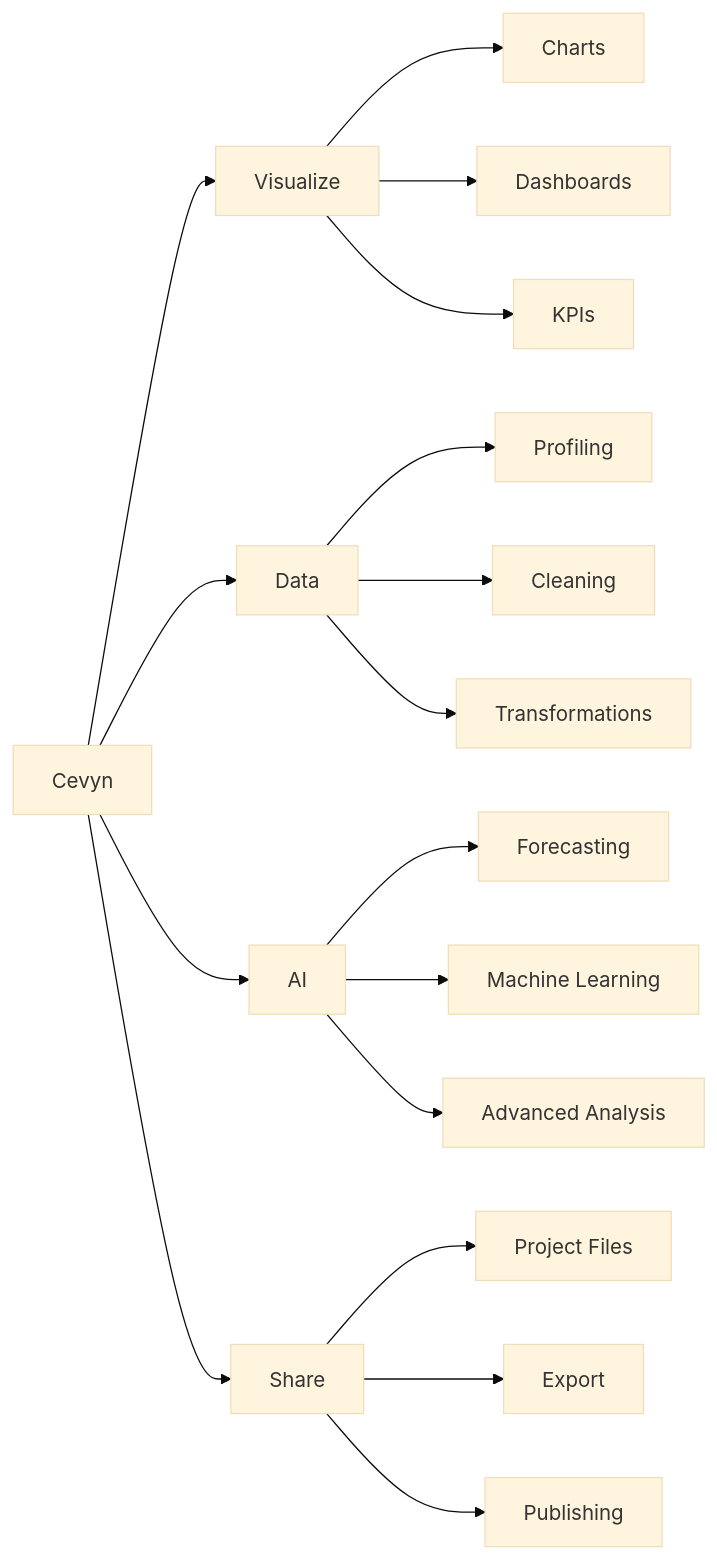
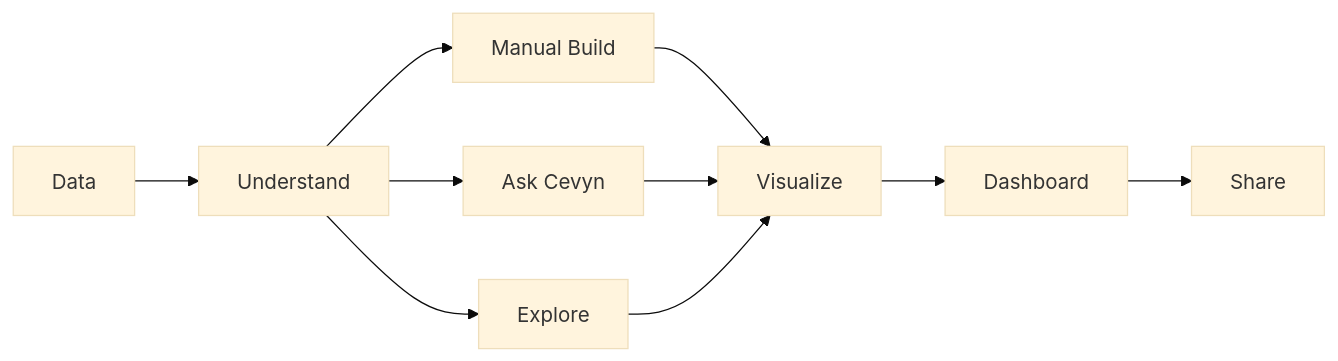
One commit to gabrieljonathanabebe/AXIS changed the diagram in docs/PRODUCT_VISION.md. Above: the diagram before and after it, drawn with Mermaid (base theme). The commit also changed other lines of this file and 2 other files, not shown here.

Commit message:
docs: focus Cevyn on visual analytics

````diff
--- a/docs/PRODUCT_VISION.md
+++ b/docs/PRODUCT_VISION.md
@@ -98,25 +107,12 @@
 ```mermaid
 flowchart LR
-    C[Cevyn]
-
-    C --> V[Visualize]
-    C --> D[Data]
-    C --> A[AI]
-    C --> S[Share]
-
-    V --> V1[Charts]
-    V --> V2[Dashboards]
-    V --> V3[KPIs]
-
-    D --> D1[Profiling]
-    D --> D2[Cleaning]
-    D --> D3[Transformations]
-
-    A --> A1[Forecasting]
-    A --> A2[Machine Learning]
-    A --> A3[Advanced Analysis]
-
-    S --> S1[Project Files]
-    S --> S2[Export]
-    S --> S3[Publishing]
+    D[Data] --> U[Understand]
+    U --> M[Manual Build]
+    U --> A[Ask Cevyn]
+    U --> E[Explore]
+    M --> V[Visualize]
+    A --> V
+    E --> V
+    V --> B[Dashboard]
+    B --> S[Share]
 ```
````
